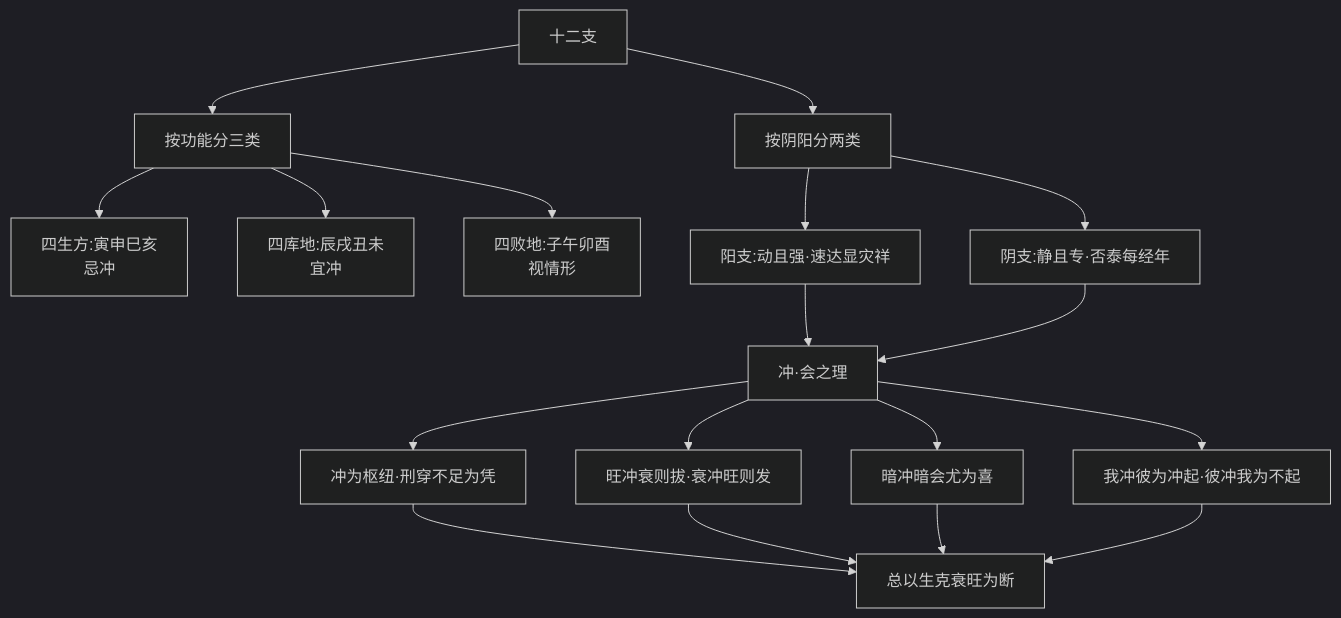
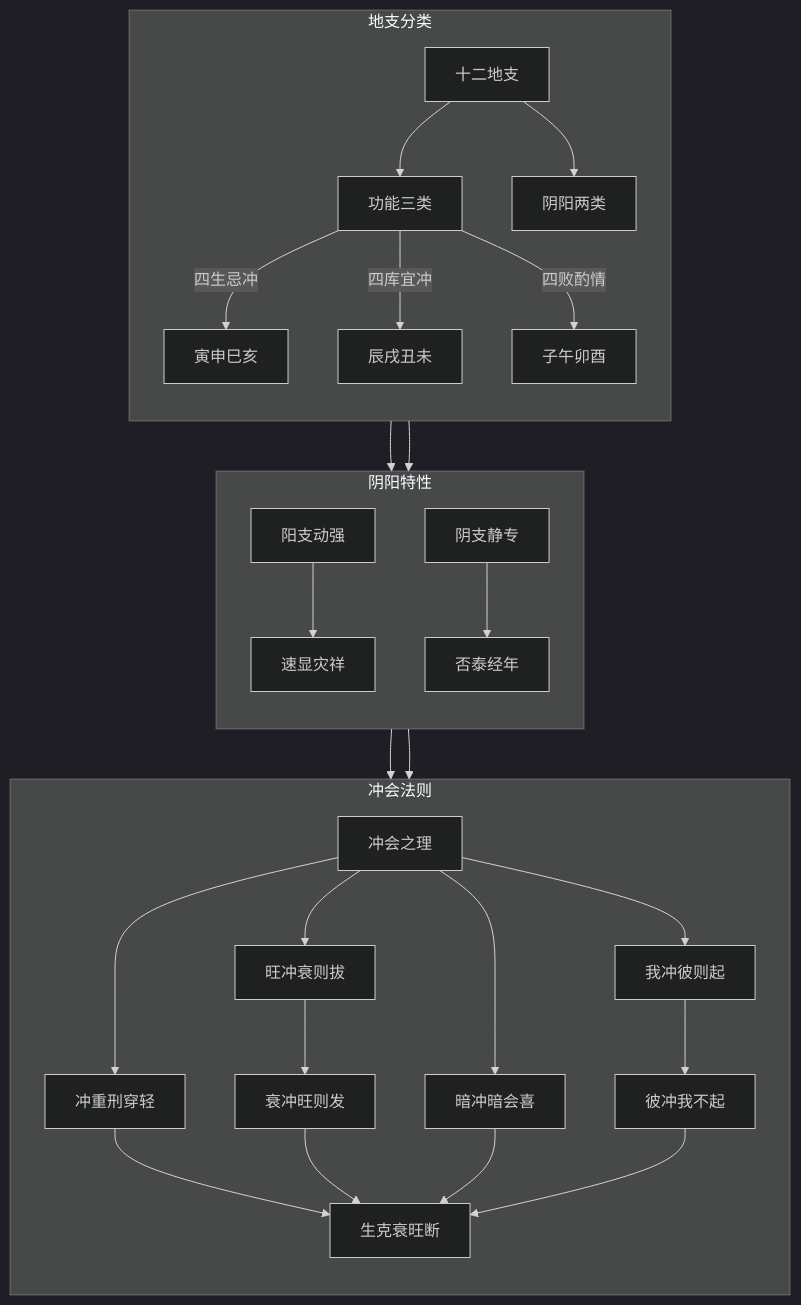
One commit to Banny-Gao/mingli-research changed the diagram in books/滴天髓阐微/articles/地支/interpretation.md. Above: the diagram before and after it, drawn with Mermaid (dark theme). The commit also changed 41 other files, not shown here.

````diff
--- a/books/滴天髓阐微/articles/地支/interpretation.md
+++ b/books/滴天髓阐微/articles/地支/interpretation.md
@@ -436,20 +436,35 @@
 ```mermaid
 flowchart TD
-    A[十二支] --> B[按功能分三类]
-    B --> B1[四生方:寅申巳亥<br/>忌冲]
-    B --> B2[四库地:辰戌丑未<br/>宜冲]
-    B --> B3[四败地:子午卯酉<br/>视情形]
-    A --> C[按阴阳分两类]
-    C --> C1[阳支:动且强·速达显灾祥]
-    C --> C2[阴支:静且专·否泰每经年]
-    C1 --> D[冲·会之理]
-    C2 --> D
-    D --> D1[冲为枢纽·刑穿不足为凭]
-    D --> D2[旺冲衰则拔·衰冲旺则发]
-    D --> D3[暗冲暗会尤为喜]
-    D --> D4[我冲彼为冲起·彼冲我为不起]
-    D1 --> E[总以生克衰旺为断]
-    D2 --> E
-    D3 --> E
-    D4 --> E
+    subgraph CLASS["地支分类"]
+        direction TD
+        A[十二地支] --> B[功能三类]
+        B -->|四生忌冲| B1[寅申巳亥]
+        B -->|四库宜冲| B2[辰戌丑未]
+        B -->|四败酌情| B3[子午卯酉]
+        A --> C[阴阳两类]
+    end
+
+    subgraph NATURE["阴阳特性"]
+        direction TD
+        C --> C1[阳支动强]
+        C1 --> C1a[速显灾祥]
+        C --> C2[阴支静专]
+        C2 --> C2a[否泰经年]
+    end
+
+    subgraph RULES["冲会法则"]
+        direction TD
+        C1a --> D[冲会之理]
+        C2a --> D
+        D --> D1[冲重刑穿轻]
+        D --> D2[旺冲衰则拔]
+        D2 --> D2a[衰冲旺则发]
+        D --> D3[暗冲暗会喜]
+        D --> D4[我冲彼则起]
+        D4 --> D4a[彼冲我不起]
+        D1 --> E[生克衰旺断]
+        D2a --> E
+        D3 --> E
+        D4a --> E
+    end
 ```
````
